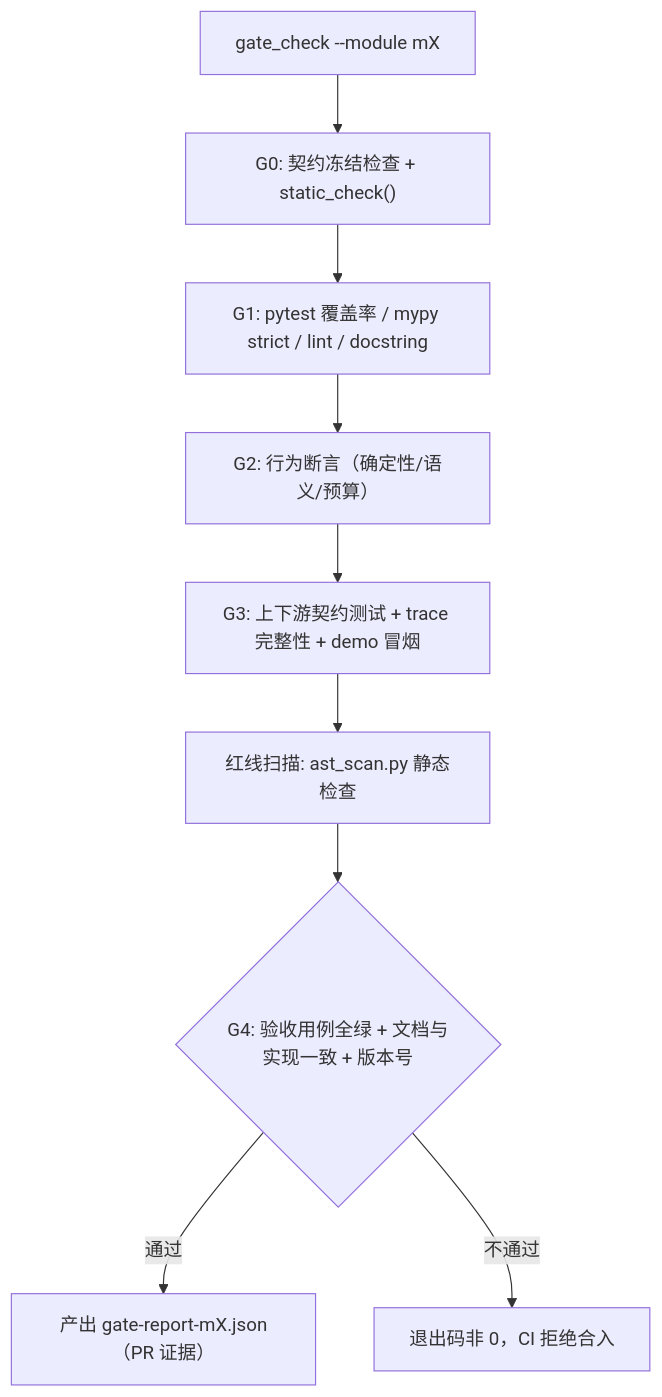
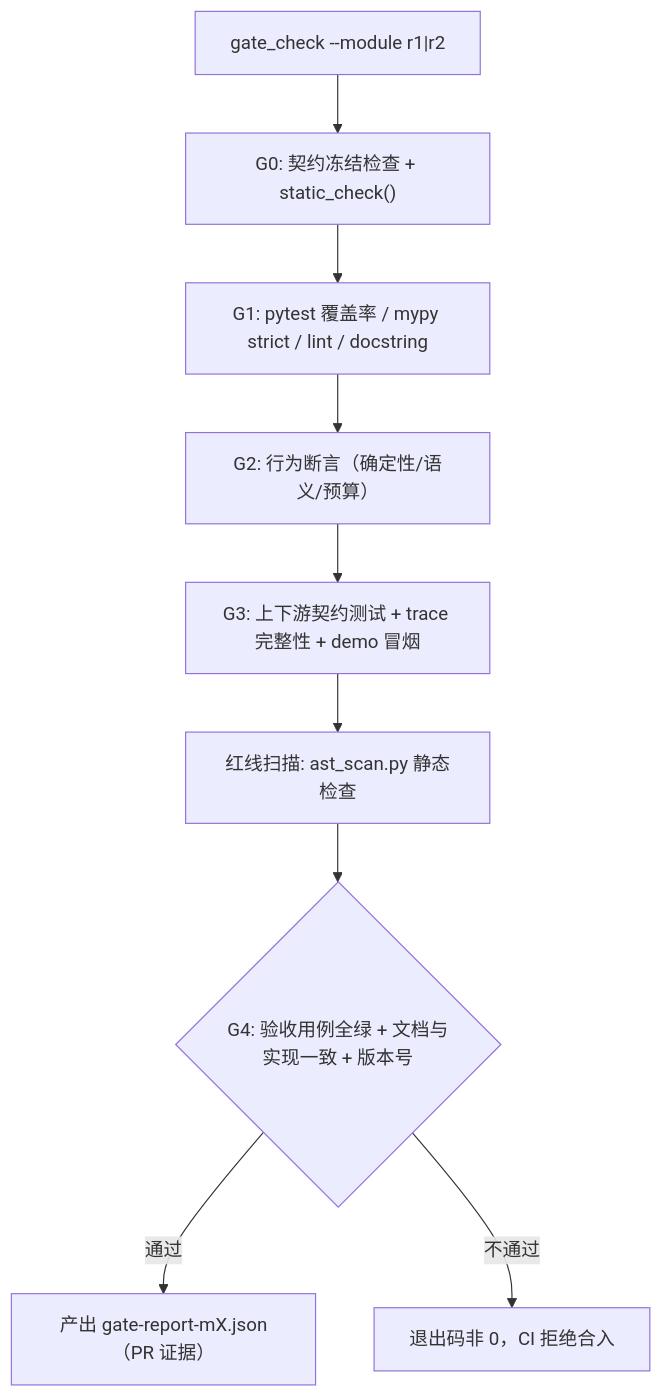
Before and after one commit to sao-lang/lll: the diagram in docs/03-流程与规范/验证执行手册.md, drawn with Mermaid. The commit also changed other lines of this file and 123 other files, not shown here.

````diff
--- a/docs/03-流程与规范/验证执行手册.md
+++ b/docs/03-流程与规范/验证执行手册.md
@@ -40,11 +40,11 @@
 ```mermaid
 flowchart TD
-    S["gate_check --module mX"] --> G0["G0: 契约冻结检查 + static_check()"]
+    S["gate_check --module r1|r2"] --> G0["G0: 契约冻结检查 + static_check()"]
     G0 --> G1["G1: pytest 覆盖率 / mypy strict / lint / docstring"]
     G1 --> G2["G2: 行为断言（确定性/语义/预算）"]
     G2 --> G3["G3: 上下游契约测试 + trace 完整性 + demo 冒烟"]
     G3 --> RED["红线扫描: ast_scan.py 静态检查"]
     RED --> G4{"G4: 验收用例全绿 + 文档与实现一致 + 版本号"}
     G4 -->|"通过"| REPORT["产出 gate-report-mX.json（PR 证据）"]
     G4 -->|"不通过"| FAIL["退出码非 0，CI 拒绝合入"]
 ```
````
